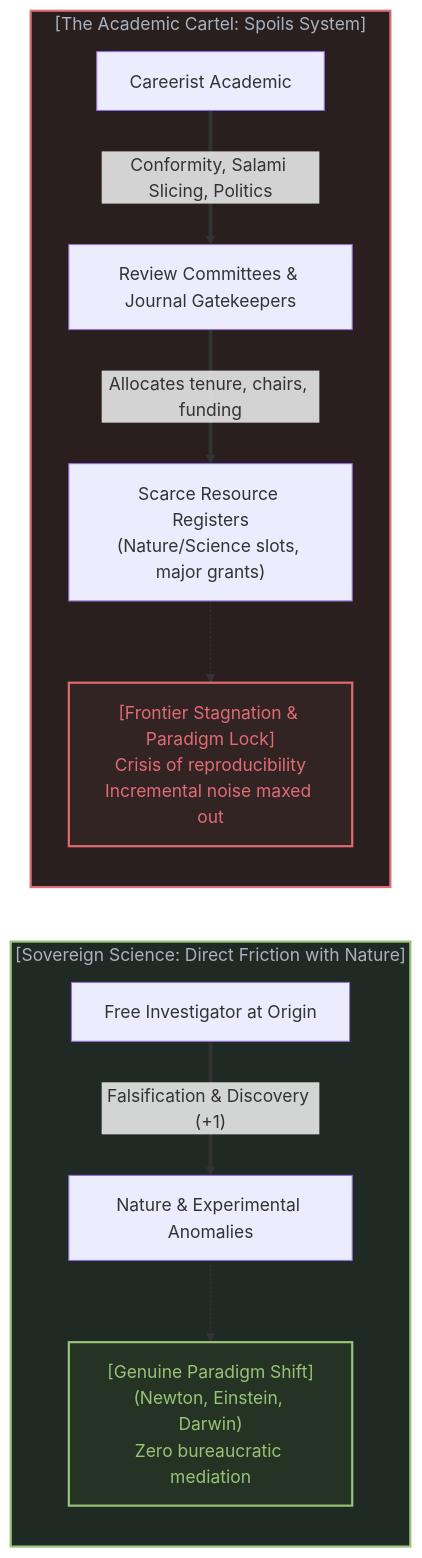
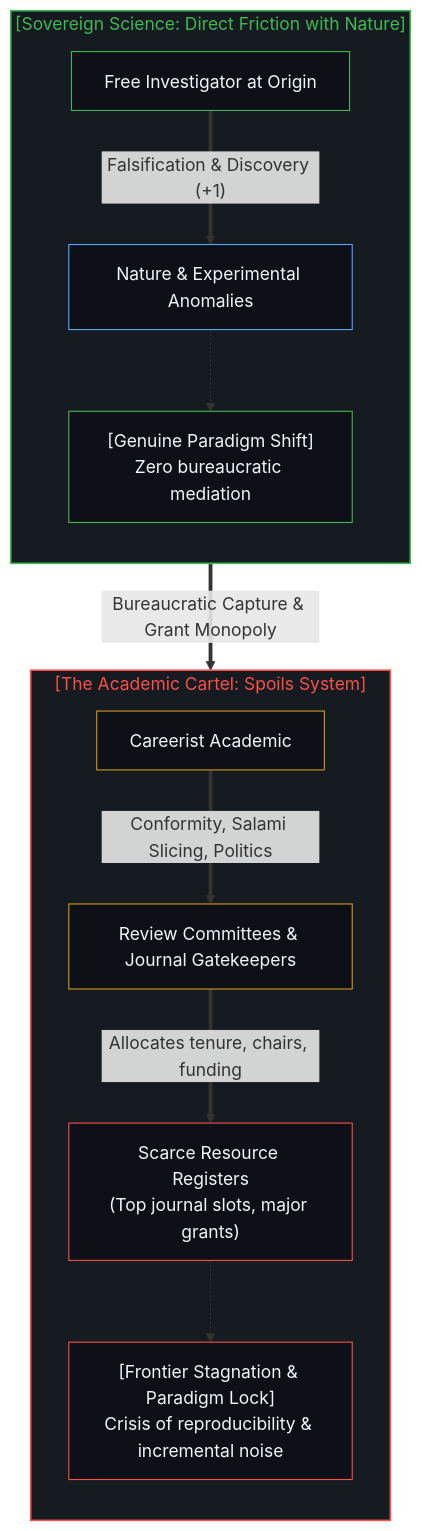
Before and after one commit to powerpig99/not-a-toe: the eighth of 10 diagrams in content/posts/the-reversal-of-education-and-science.md, drawn with Mermaid. The commit also changed other lines of this file and 11 other files, not shown here.

````diff
--- a/content/posts/the-reversal-of-education-and-science.md
+++ b/content/posts/the-reversal-of-education-and-science.md
@@ -349,25 +360,34 @@
 ```mermaid
-graph LR
-    subgraph PrimalScience["[Sovereign Science: Direct Friction with Nature]"]
+flowchart TD
+    subgraph S_Primal["[Sovereign Science: Direct Friction with Nature]"]
+        direction TB
         Researcher["Free Investigator at Origin"]
         Empirical["Nature & Experimental Anomalies"]
+        TruthRes["[Genuine Paradigm Shift]<br/>Zero bureaucratic mediation"]
         Researcher ==>|"Falsification & Discovery (+1)"| Empirical
-        TruthRes["[Genuine Paradigm Shift]<br>(Newton, Einstein, Darwin)<br>Zero bureaucratic mediation"]
         Empirical -.-> TruthRes
     end
 
-    subgraph AcademicCartel["[The Academic Cartel: Spoils System]"]
+    S_Primal ==>|"Bureaucratic Capture & Grant Monopoly"| S_Cartel
+
+    subgraph S_Cartel["[The Academic Cartel: Spoils System]"]
+        direction TB
         Scholar["Careerist Academic"]
         Committee["Review Committees & Journal Gatekeepers"]
-        GrantPower["Scarce Resource Registers<br>(Nature/Science slots, major grants)"]
+        GrantPower["Scarce Resource Registers<br/>(Top journal slots, major grants)"]
+        Stagnation["[Frontier Stagnation & Paradigm Lock]<br/>Crisis of reproducibility & incremental noise"]
         Scholar ==>|"Conformity, Salami Slicing, Politics"| Committee
         Committee ==>|"Allocates tenure, chairs, funding"| GrantPower
-        Stagnation["[Frontier Stagnation & Paradigm Lock]<br>Crisis of reproducibility<br>Incremental noise maxed out"]
         GrantPower -.-> Stagnation
     end
 
-    style PrimalScience fill:#1f2a24,stroke:#98c379,stroke-width:2px,color:#abb2bf
-    style AcademicCartel fill:#2a1f1f,stroke:#e06c75,stroke-width:2px,color:#abb2bf
-    style TruthRes fill:#243324,stroke:#98c379,stroke-width:2px,color:#98c379
-    style Stagnation fill:#332424,stroke:#e06c75,stroke-width:2px,color:#e06c75
+    style S_Primal fill:#161b22,stroke:#3fb950,stroke-width:1.5px,color:#3fb950
+    style S_Cartel fill:#161b22,stroke:#f85149,stroke-width:1.5px,color:#f85149
+    style Researcher fill:#0d1117,stroke:#3fb950,stroke-width:1px,color:#f0f6fc
+    style Empirical fill:#0d1117,stroke:#58a6ff,stroke-width:1px,color:#f0f6fc
+    style TruthRes fill:#0d1117,stroke:#3fb950,stroke-width:1px,color:#f0f6fc
+    style Scholar fill:#0d1117,stroke:#d29922,stroke-width:1px,color:#f0f6fc
+    style Committee fill:#0d1117,stroke:#d29922,stroke-width:1px,color:#f0f6fc
+    style GrantPower fill:#0d1117,stroke:#f85149,stroke-width:1px,color:#f0f6fc
+    style Stagnation fill:#0d1117,stroke:#f85149,stroke-width:1px,color:#f0f6fc
 ```
````
